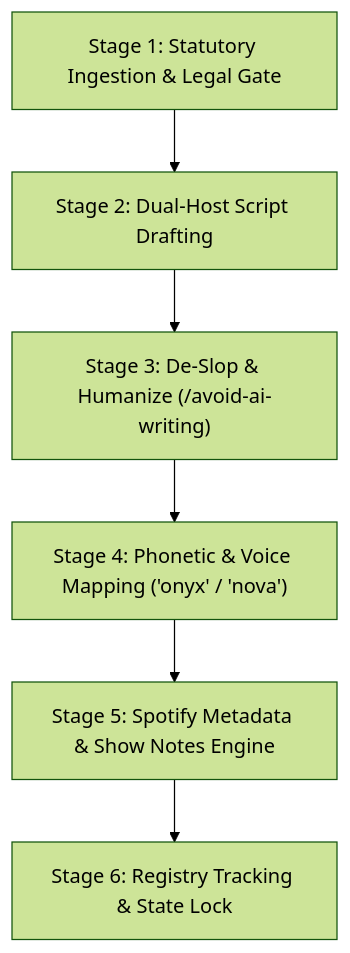
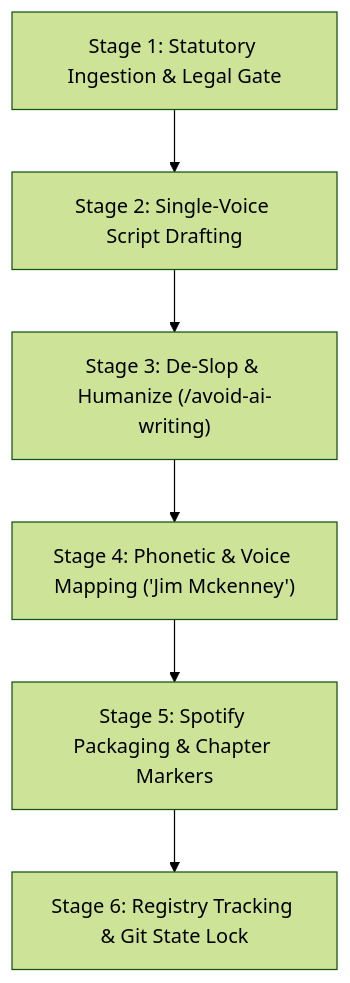
Before and after one commit to Planet9V/OXOT_Website_Conformity_Application: the diagram in docs/cra_podcast/01-REPEATABLE-EPISODE-PRODUCTION-WORKFLOW.md, drawn with Mermaid (forest theme). The commit also changed other lines of this file and 135 other files, not shown here.

Commit message:
feat(podcast): reconcile canonical EP_S.EE episode architecture, remove inline marketing from transcripts, and unify master outro

````diff
--- a/docs/cra_podcast/01-REPEATABLE-EPISODE-PRODUCTION-WORKFLOW.md
+++ b/docs/cra_podcast/01-REPEATABLE-EPISODE-PRODUCTION-WORKFLOW.md
@@ -9,8 +13,8 @@
 ```mermaid
 graph TD
-    A["Stage 1: Statutory Ingestion & Legal Gate"] --> B["Stage 2: Dual-Host Script Drafting"]
+    A["Stage 1: Statutory Ingestion & Legal Gate"] --> B["Stage 2: Single-Voice Script Drafting"]
     B --> C["Stage 3: De-Slop & Humanize (/avoid-ai-writing)"]
-    C --> D["Stage 4: Phonetic & Voice Mapping ('onyx' / 'nova')"]
-    D --> E["Stage 5: Spotify Metadata & Show Notes Engine"]
-    E --> F["Stage 6: Registry Tracking & State Lock"]
+    C --> D["Stage 4: Phonetic & Voice Mapping ('Jim Mckenney')"]
+    D --> E["Stage 5: Spotify Packaging & Chapter Markers"]
+    E --> F["Stage 6: Registry Tracking & Git State Lock"]
 ```
````
